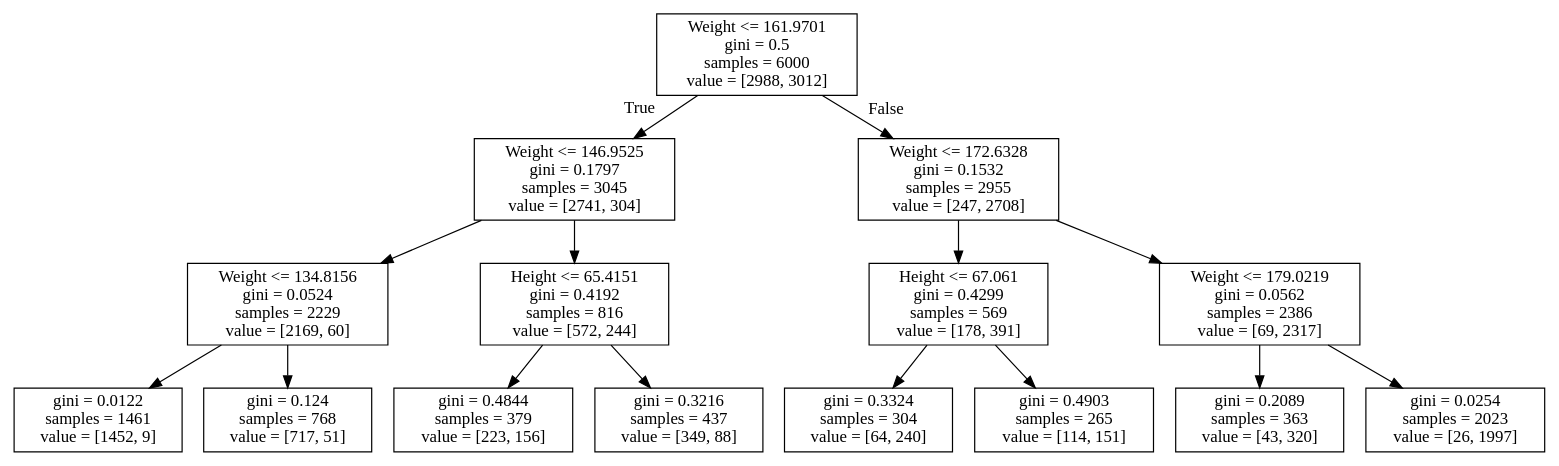
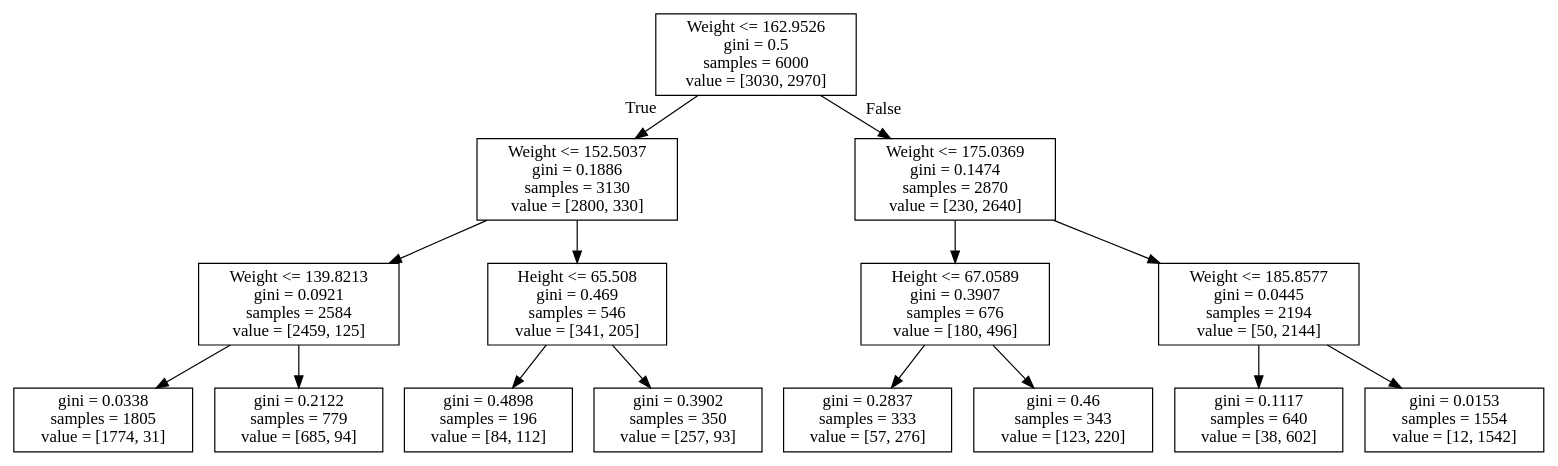
One commit to Templarrr/datascienceua_2017 changed the diagram in lesson_10/tree.dot. Above: the diagram before and after it, drawn with Graphviz. The commit also changed 10 other files, not shown here.

```diff
--- a/lesson_10/tree.dot
+++ b/lesson_10/tree.dot
@@ -1,32 +1,32 @@
 digraph Tree {
 node [shape=box] ;
-0 [label="Weight <= 161.9701\ngini = 0.5\nsamples = 6000\nvalue = [2988, 3012]"] ;
-1 [label="Weight <= 146.9525\ngini = 0.1797\nsamples = 3045\nvalue = [2741, 304]"] ;
+0 [label="Weight <= 162.9526\ngini = 0.5\nsamples = 6000\nvalue = [3030, 2970]"] ;
+1 [label="Weight <= 152.5037\ngini = 0.1886\nsamples = 3130\nvalue = [2800, 330]"] ;
 0 -> 1 [labeldistance=2.5, labelangle=45, headlabel="True"] ;
-2 [label="Weight <= 134.8156\ngini = 0.0524\nsamples = 2229\nvalue = [2169, 60]"] ;
+2 [label="Weight <= 139.8213\ngini = 0.0921\nsamples = 2584\nvalue = [2459, 125]"] ;
 1 -> 2 ;
-3 [label="gini = 0.0122\nsamples = 1461\nvalue = [1452, 9]"] ;
+3 [label="gini = 0.0338\nsamples = 1805\nvalue = [1774, 31]"] ;
 2 -> 3 ;
-4 [label="gini = 0.124\nsamples = 768\nvalue = [717, 51]"] ;
+4 [label="gini = 0.2122\nsamples = 779\nvalue = [685, 94]"] ;
 2 -> 4 ;
-5 [label="Height <= 65.4151\ngini = 0.4192\nsamples = 816\nvalue = [572, 244]"] ;
+5 [label="Height <= 65.508\ngini = 0.469\nsamples = 546\nvalue = [341, 205]"] ;
 1 -> 5 ;
-6 [label="gini = 0.4844\nsamples = 379\nvalue = [223, 156]"] ;
+6 [label="gini = 0.4898\nsamples = 196\nvalue = [84, 112]"] ;
 5 -> 6 ;
-7 [label="gini = 0.3216\nsamples = 437\nvalue = [349, 88]"] ;
+7 [label="gini = 0.3902\nsamples = 350\nvalue = [257, 93]"] ;
 5 -> 7 ;
-8 [label="Weight <= 172.6328\ngini = 0.1532\nsamples = 2955\nvalue = [247, 2708]"] ;
+8 [label="Weight <= 175.0369\ngini = 0.1474\nsamples = 2870\nvalue = [230, 2640]"] ;
 0 -> 8 [labeldistance=2.5, labelangle=-45, headlabel="False"] ;
-9 [label="Height <= 67.061\ngini = 0.4299\nsamples = 569\nvalue = [178, 391]"] ;
+9 [label="Height <= 67.0589\ngini = 0.3907\nsamples = 676\nvalue = [180, 496]"] ;
 8 -> 9 ;
-10 [label="gini = 0.3324\nsamples = 304\nvalue = [64, 240]"] ;
+10 [label="gini = 0.2837\nsamples = 333\nvalue = [57, 276]"] ;
 9 -> 10 ;
-11 [label="gini = 0.4903\nsamples = 265\nvalue = [114, 151]"] ;
+11 [label="gini = 0.46\nsamples = 343\nvalue = [123, 220]"] ;
 9 -> 11 ;
-12 [label="Weight <= 179.0219\ngini = 0.0562\nsamples = 2386\nvalue = [69, 2317]"] ;
+12 [label="Weight <= 185.8577\ngini = 0.0445\nsamples = 2194\nvalue = [50, 2144]"] ;
 8 -> 12 ;
-13 [label="gini = 0.2089\nsamples = 363\nvalue = [43, 320]"] ;
+13 [label="gini = 0.1117\nsamples = 640\nvalue = [38, 602]"] ;
 12 -> 13 ;
-14 [label="gini = 0.0254\nsamples = 2023\nvalue = [26, 1997]"] ;
+14 [label="gini = 0.0153\nsamples = 1554\nvalue = [12, 1542]"] ;
 12 -> 14 ;
 }
```
